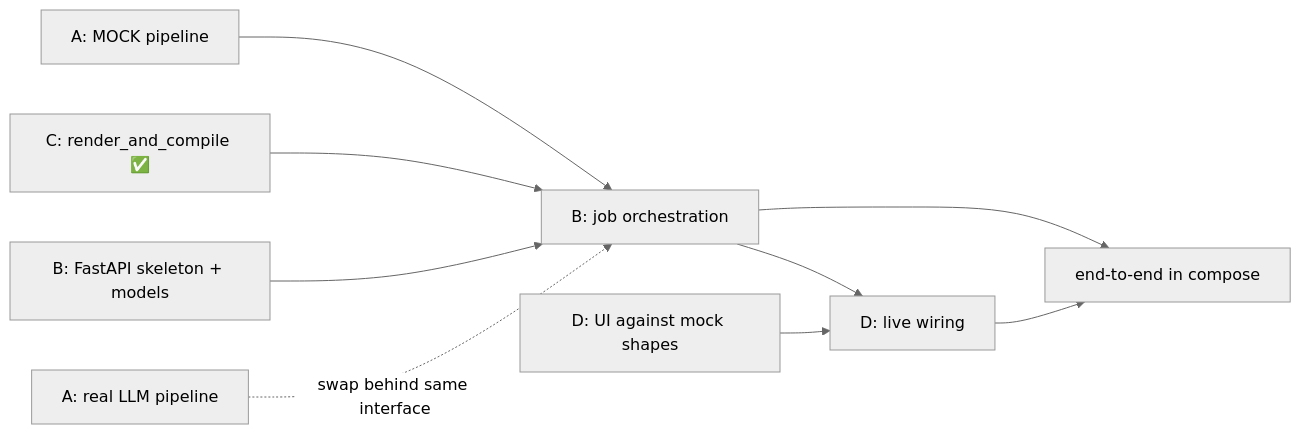
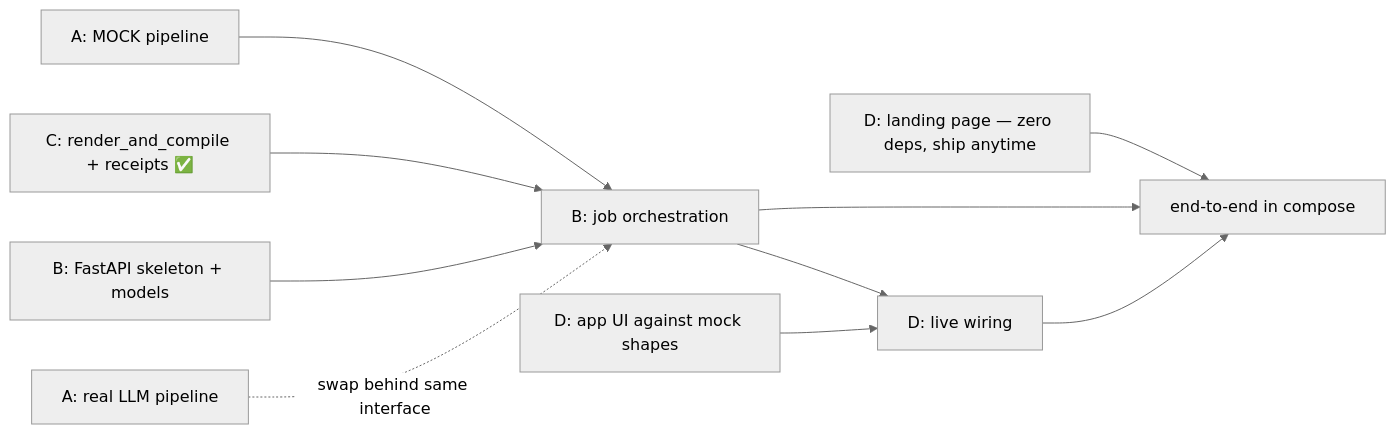
The first of 2 diagrams in docs/integration-guide.md (MosesfromSinai/Emend), drawn with Mermaid (neutral theme) before and after one commit. The commit also changed other lines of this file, not shown here.

````diff
--- a/docs/integration-guide.md
+++ b/docs/integration-guide.md
@@ -80,11 +96,12 @@
 ```mermaid
 graph LR
+    D0[D: landing page — zero deps, ship anytime] --> E
     A1[A: MOCK pipeline] --> B2[B: job orchestration]
-    C1[C: render_and_compile ✅] --> B2
+    C1[C: render_and_compile + receipts ✅] --> B2
     B1[B: FastAPI skeleton + models] --> B2
     B2 --> D2[D: live wiring]
     A2[A: real LLM pipeline] -.swap behind same interface.-> B2
-    D1[D: UI against mock shapes] --> D2
+    D1[D: app UI against mock shapes] --> D2
     B2 --> E[end-to-end in compose]
     D2 --> E
 ```
````
